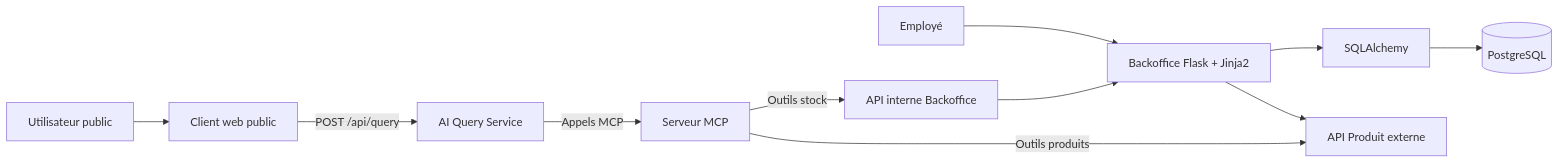
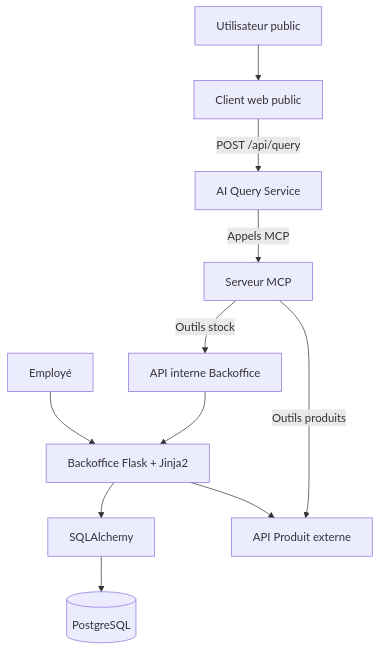
The first of 2 diagrams in docs/architecture.md (John-Natty/holbertonschool-hbntory), drawn with Mermaid before and after one commit.

Commit message:
fix: update flowchart direction in architecture documentation

````diff
--- a/docs/architecture.md
+++ b/docs/architecture.md
@@ -293,19 +293,19 @@
 ```mermaid
-flowchart LR
+flowchart TB
     Employee[Employé] --> Backoffice[Backoffice Flask + Jinja2]
 
     Backoffice --> ORM[SQLAlchemy]
     ORM --> Database[(PostgreSQL)]
 
     Backoffice --> ProductAPI[API Produit externe]
 
     PublicUser[Utilisateur public] --> Client[Client web public]
     Client -->|POST /api/query| AIService[AI Query Service]
 
     AIService -->|Appels MCP| MCP[Serveur MCP]
 
     MCP -->|Outils produits| ProductAPI
     MCP -->|Outils stock| InternalAPI[API interne Backoffice]
 
     InternalAPI --> Backoffice
 ```
````
